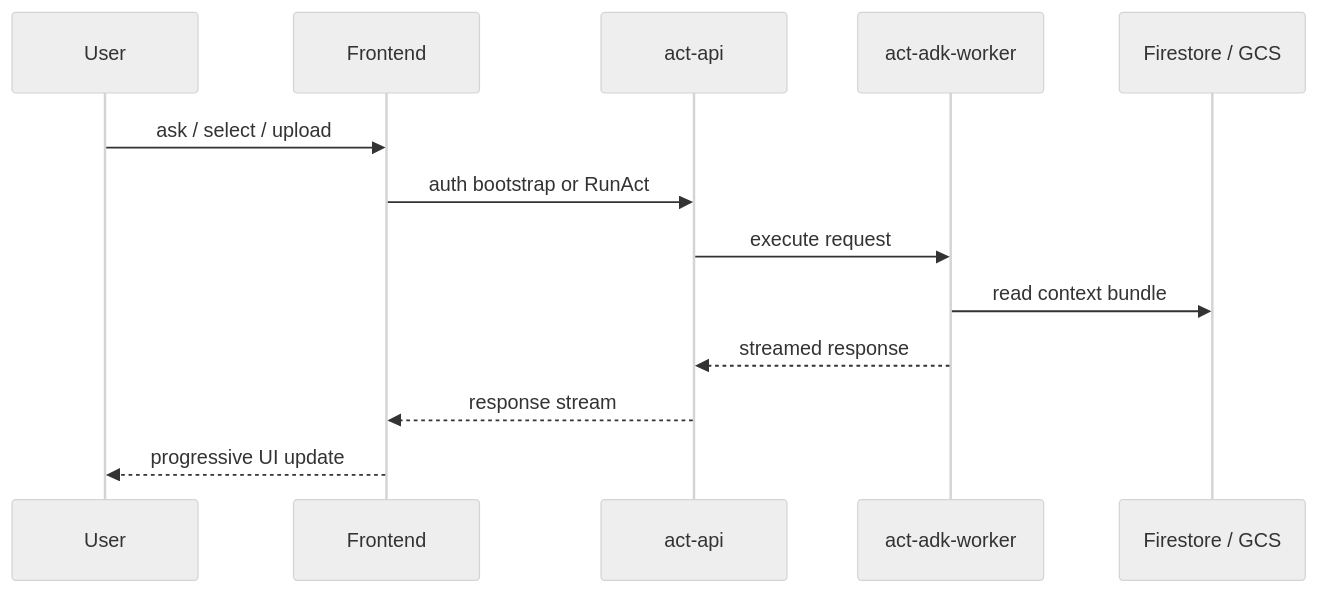
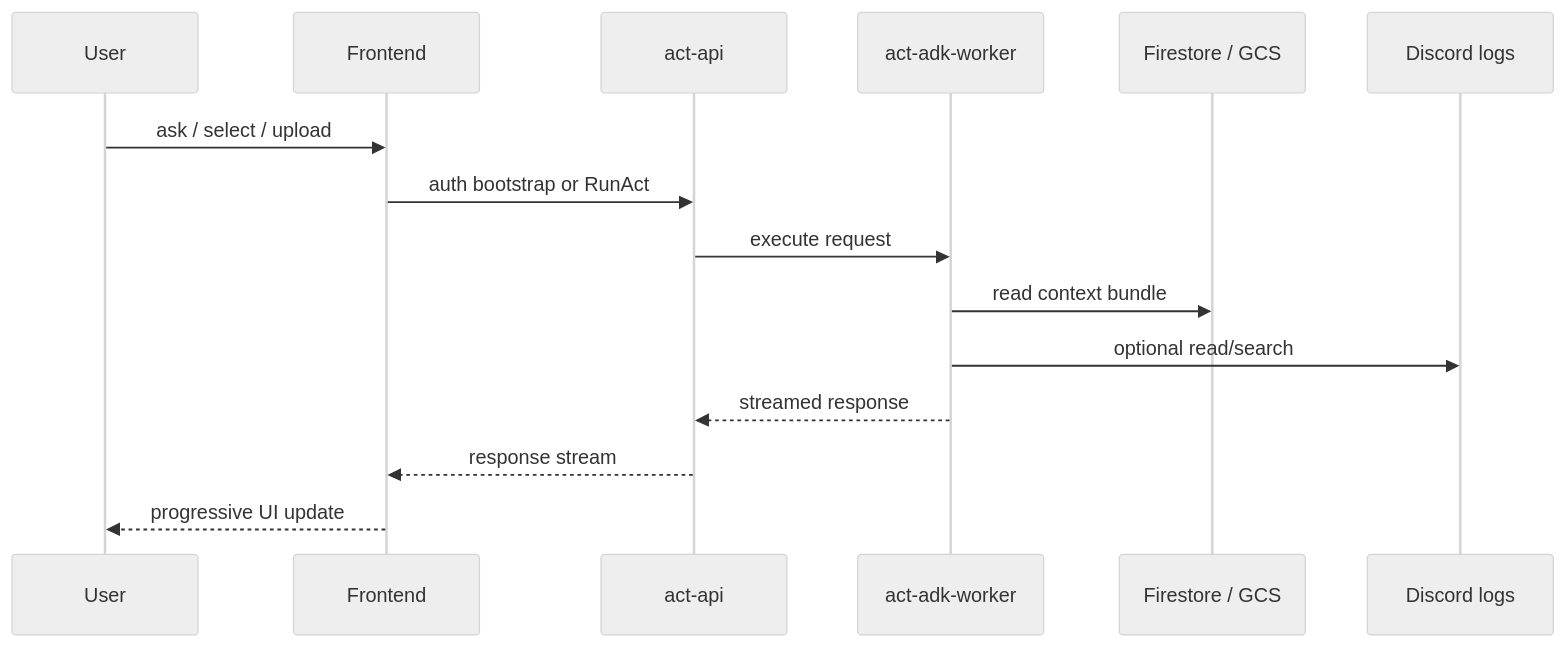
Before and after one commit to Keyhole-Koro/Action: the diagram in docs/flows/act-runtime.md, drawn with Mermaid (neutral theme). The commit also changed other lines of this file and 22 other files, not shown here.

````diff
--- a/docs/flows/act-runtime.md
+++ b/docs/flows/act-runtime.md
@@ -8,16 +8,18 @@
 ```mermaid
 sequenceDiagram
     participant U as User
     participant F as Frontend
     participant A as act-api
     participant W as act-adk-worker
     participant S as Firestore / GCS
+    participant D as Discord logs
 
     U->>F: ask / select / upload
     F->>A: auth bootstrap or RunAct
     A->>W: execute request
     W->>S: read context bundle
+    W->>D: optional read/search
     W-->>A: streamed response
     A-->>F: response stream
     F-->>U: progressive UI update
 ```
````
